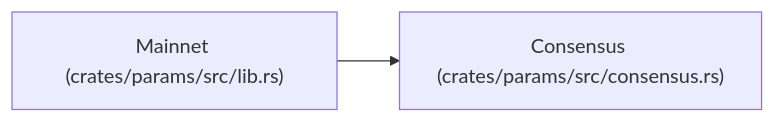
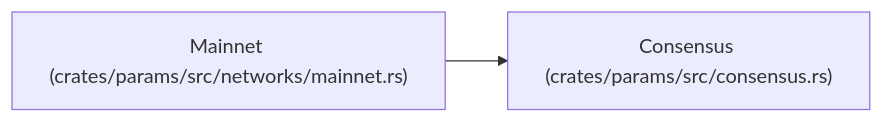
One commit to tcrypt25519/zkpow changed the diagram in docs/llm_wiki/entities/Mainnet.md. Above: the diagram before and after it, drawn with Mermaid. The commit also changed other lines of this file and 42 other files, not shown here.

````diff
--- a/docs/llm_wiki/entities/Mainnet.md
+++ b/docs/llm_wiki/entities/Mainnet.md
@@ -23,8 +23,8 @@
 ```mermaid
 flowchart LR
-    n0["Mainnet (crates/params/src/lib.rs)"]
+    n0["Mainnet (crates/params/src/networks/mainnet.rs)"]
     n1["Consensus (crates/params/src/consensus.rs)"]
     n0 --> n1
-    click n0 "../modules/params_src_lib.md"
+    click n0 "../modules/mainnet.md"
     click n1 "../modules/consensus.md"
 ```
````
